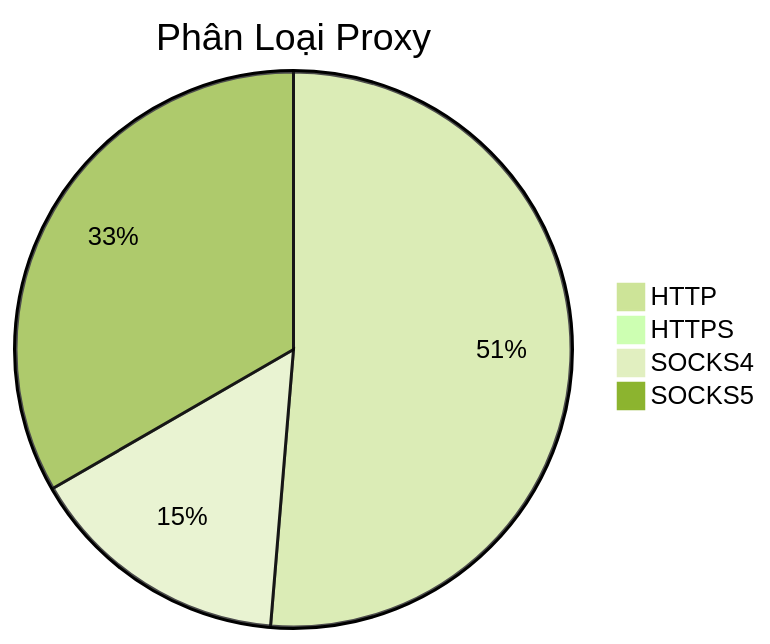
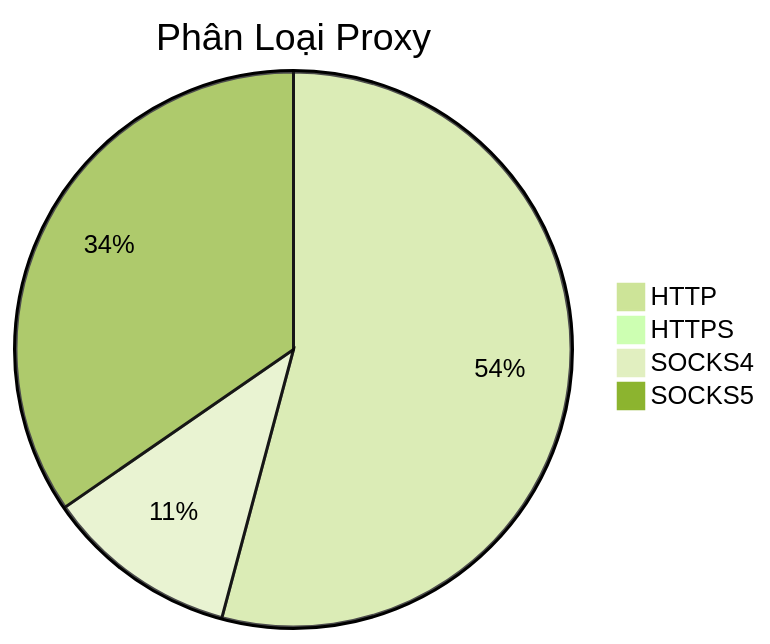
The diagram in README.md (Ciara-Aa/PROXY-free), drawn with Mermaid (forest theme) before and after one commit. The commit also changed other lines of this file and 4 other files, not shown here.

````diff
--- a/README.md
+++ b/README.md
@@ -26,7 +26,7 @@
 ```mermaid
 pie title Phân Loại Proxy
-    "HTTP" : 331
+    "HTTP" : 352
     "HTTPS" : 5
-    "SOCKS4" : 99
-    "SOCKS5" : 215
+    "SOCKS4" : 73
+    "SOCKS5" : 225
 ```
````
